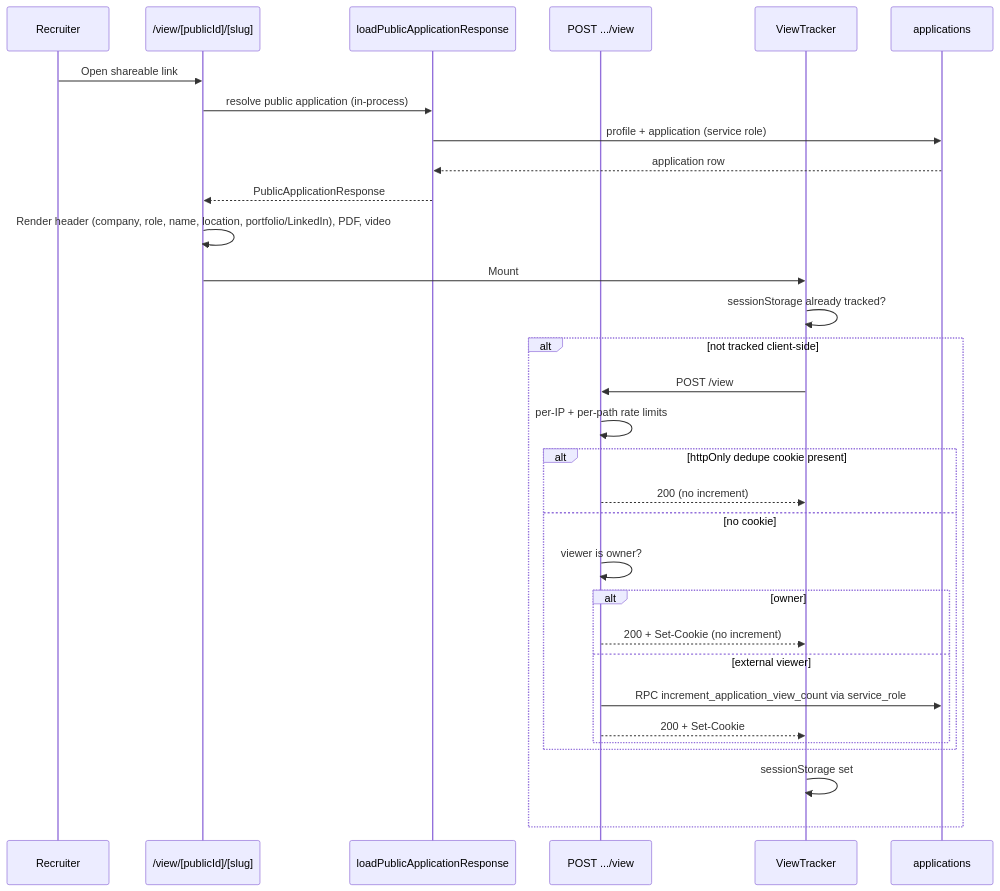
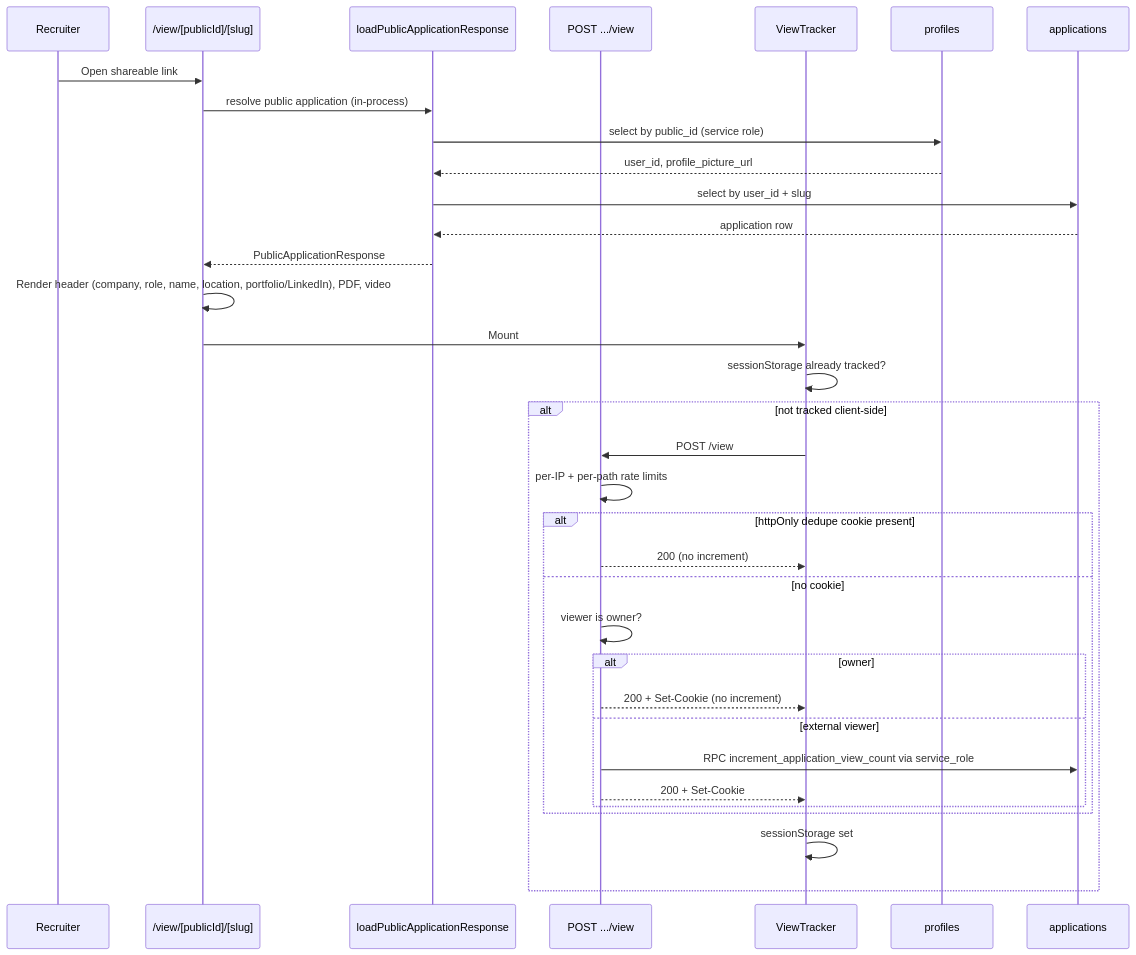
Before and after one commit to joan-gerard/my-hire-view: diagram 13 of 13 in docs/DATA_FLOW.md, drawn with Mermaid. The commit also changed 14 other files, not shown here.

Commit message:
fix: harden public loader error handling and production site URL validation (F10-027, F10-029

````diff
--- a/docs/DATA_FLOW.md
+++ b/docs/DATA_FLOW.md
@@ -484,34 +484,37 @@
 ```mermaid
 sequenceDiagram
   participant R as Recruiter
   participant Page as /view/[publicId]/[slug]
   participant Loader as loadPublicApplicationResponse
   participant ViewAPI as POST .../view
   participant VT as ViewTracker
+  participant Profiles as profiles
   participant Applications as applications
 
   R->>Page: Open shareable link
   Page->>Loader: resolve public application (in-process)
-  Loader->>Applications: profile + application (service role)
+  Loader->>Profiles: select by public_id (service role)
+  Profiles-->>Loader: user_id, profile_picture_url
+  Loader->>Applications: select by user_id + slug
   Applications-->>Loader: application row
   Loader-->>Page: PublicApplicationResponse
   Page->>Page: Render header (company, role, name, location, portfolio/LinkedIn), PDF, video
   Page->>VT: Mount
   VT->>VT: sessionStorage already tracked?
   alt not tracked client-side
     VT->>ViewAPI: POST /view
     ViewAPI->>ViewAPI: per-IP + per-path rate limits
     alt httpOnly dedupe cookie present
       ViewAPI-->>VT: 200 (no increment)
     else no cookie
       ViewAPI->>ViewAPI: viewer is owner?
       alt owner
         ViewAPI-->>VT: 200 + Set-Cookie (no increment)
       else external viewer
         ViewAPI->>Applications: RPC increment_application_view_count via service_role
         ViewAPI-->>VT: 200 + Set-Cookie
       end
     end
     VT->>VT: sessionStorage set
   end
 ```
````
